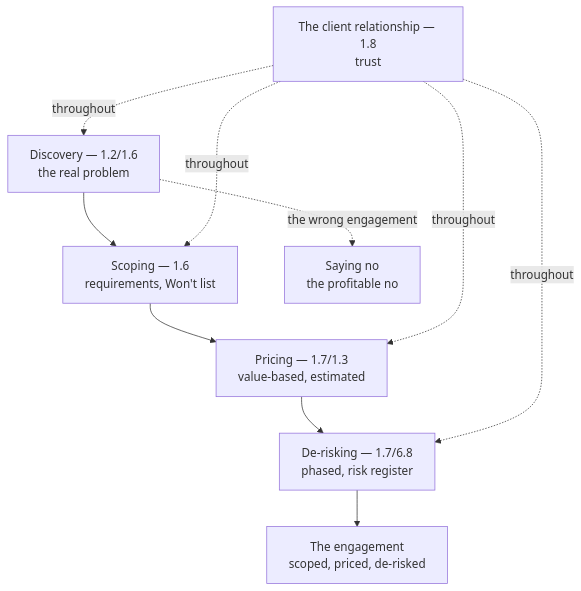
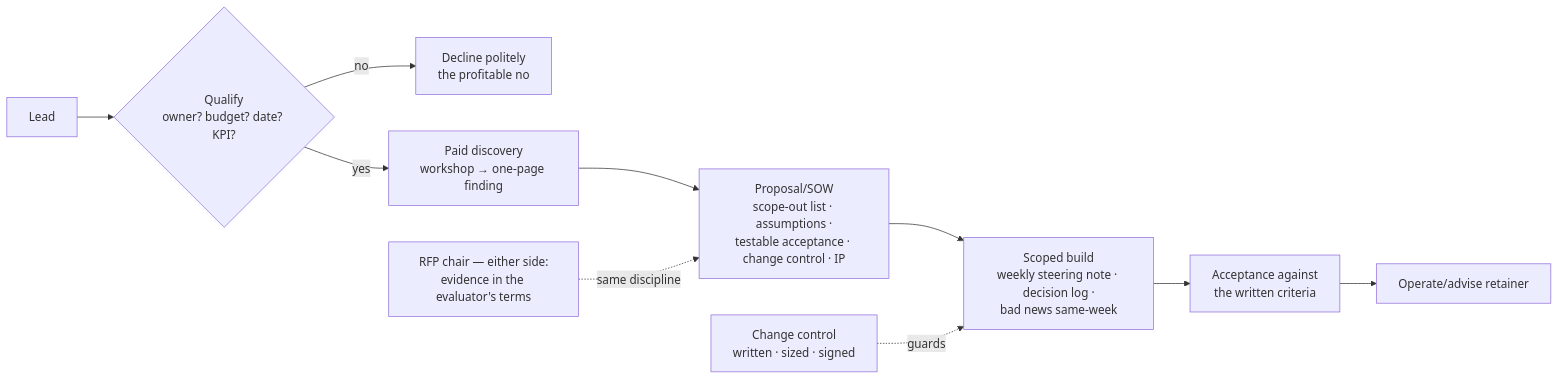
One commit to sivakrushna-works/GSAC changed the diagram in curriculum/part-8-professional-excellence/chapter-05-consulting-client-engagement.md. Above: the diagram before and after it, drawn with Mermaid. The commit also changed other lines of this file and 10 other files, not shown here.

````diff
--- a/curriculum/part-8-professional-excellence/chapter-05-consulting-client-engagement.md
+++ b/curriculum/part-8-professional-excellence/chapter-05-consulting-client-engagement.md
@@ -66,9 +68,12 @@
 ```mermaid
-flowchart TD
-    DISCOVERY[Discovery — 1.2/1.6<br/>the real problem] --> SCOPE[Scoping — 1.6<br/>requirements, Won't list]
-    SCOPE --> PRICE[Pricing — 1.7/1.3<br/>value-based, estimated]
-    PRICE --> DERISK[De-risking — 1.7/6.8<br/>phased, risk register]
-    DISCOVERY -.the wrong engagement.-> NO[Saying no<br/>the profitable no]
-    DERISK --> ENGAGEMENT[The engagement<br/>scoped, priced, de-risked]
-    RELATIONSHIP[The client relationship — 1.8<br/>trust] -.throughout.-> DISCOVERY & SCOPE & PRICE & DERISK
+flowchart LR
+    LEAD[Lead] --> QUAL{Qualify<br/>owner? budget? date? KPI?}
+    QUAL -->|no| PASS[Decline politely<br/>the profitable no]
+    QUAL -->|yes| DISC[Paid discovery<br/>workshop → one-page finding]
+    DISC --> PROP[Proposal/SOW<br/>scope-out list · assumptions ·<br/>testable acceptance · change control · IP]
+    PROP --> BUILD[Scoped build<br/>weekly steering note · decision log ·<br/>bad news same-week]
+    BUILD --> ACCEPT[Acceptance against<br/>the written criteria]
+    ACCEPT --> RETAIN[Operate/advise retainer]
+    CHANGE[Change control<br/>written · sized · signed] -.guards.-> BUILD
+    RFP[RFP chair — either side:<br/>evidence in the evaluator's terms] -.same discipline.-> PROP
 ```
````
